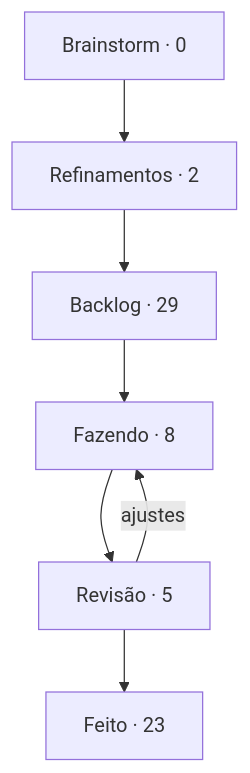
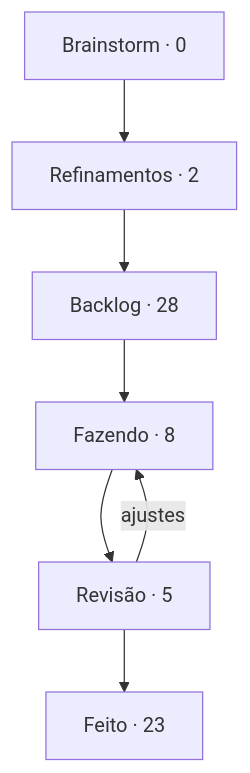
The diagram in boards/dungeon-bend/BOARD.md (StudioVibi/VibiKanban), drawn with Mermaid before and after one commit. The commit also changed other lines of this file and 2 other files, not shown here.

````diff
--- a/boards/dungeon-bend/BOARD.md
+++ b/boards/dungeon-bend/BOARD.md
@@ -5,12 +5,12 @@
 ```mermaid
 flowchart TD
   brainstorm["Brainstorm · 0"] --> refinamentos["Refinamentos · 2"]
-  refinamentos --> backlog["Backlog · 29"]
+  refinamentos --> backlog["Backlog · 28"]
   backlog --> doing["Fazendo · 8"]
   doing --> review["Revisão · 5"]
   review --> done["Feito · 23"]
   review -->|ajustes| doing
   doing:::blue
   review:::yellow
   done:::green
 ```
````
